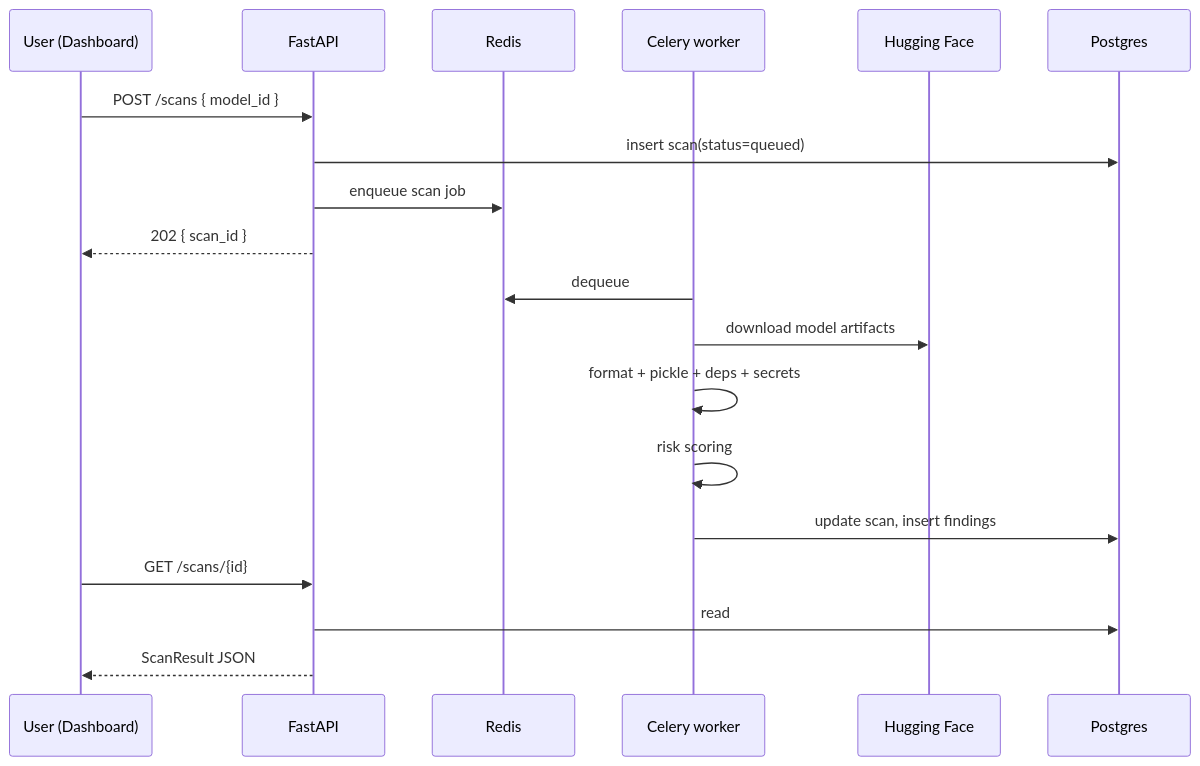
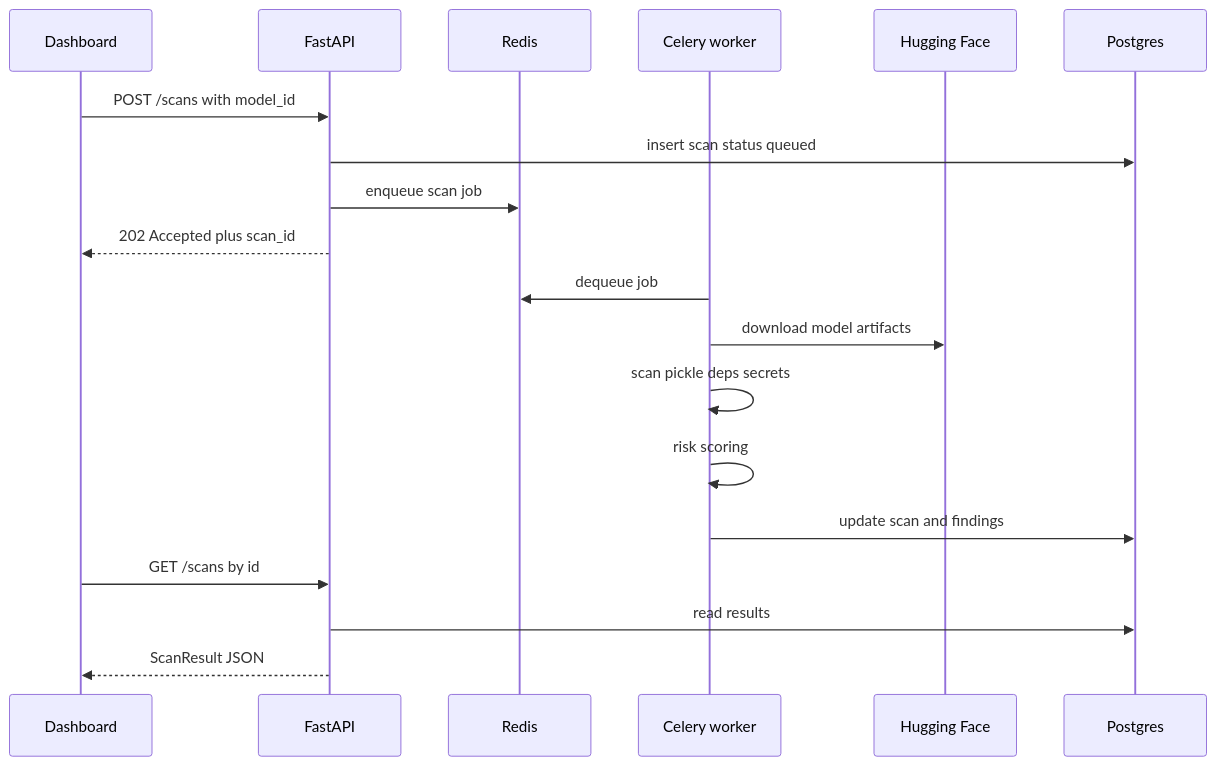
Before and after one commit to evelindsayyy/security-and-qa-for-ai-models: the second of 3 diagrams in docs/architecture.md, drawn with Mermaid. The commit also changed other lines of this file and 2 other files, not shown here.

Commit message:
Updated architecture.md and data-model.md to be visible on GitLab.

````diff
--- a/docs/architecture.md
+++ b/docs/architecture.md
@@ -132,22 +133,22 @@
 ```mermaid
 sequenceDiagram
-  participant U as User (Dashboard)
+  participant U as Dashboard
   participant A as FastAPI
   participant R as Redis
   participant W as Celery worker
   participant HF as Hugging Face
   participant DB as Postgres
 
-  U->>A: POST /scans { model_id }
-  A->>DB: insert scan(status=queued)
+  U->>A: POST /scans with model_id
+  A->>DB: insert scan status queued
   A->>R: enqueue scan job
-  A-->>U: 202 { scan_id }
-  W->>R: dequeue
+  A-->>U: 202 Accepted plus scan_id
+  W->>R: dequeue job
   W->>HF: download model artifacts
-  W->>W: format + pickle + deps + secrets
+  W->>W: scan pickle deps secrets
   W->>W: risk scoring
-  W->>DB: update scan, insert findings
-  U->>A: GET /scans/{id}
-  A->>DB: read
+  W->>DB: update scan and findings
+  U->>A: GET /scans by id
+  A->>DB: read results
   A-->>U: ScanResult JSON
 ```
````
